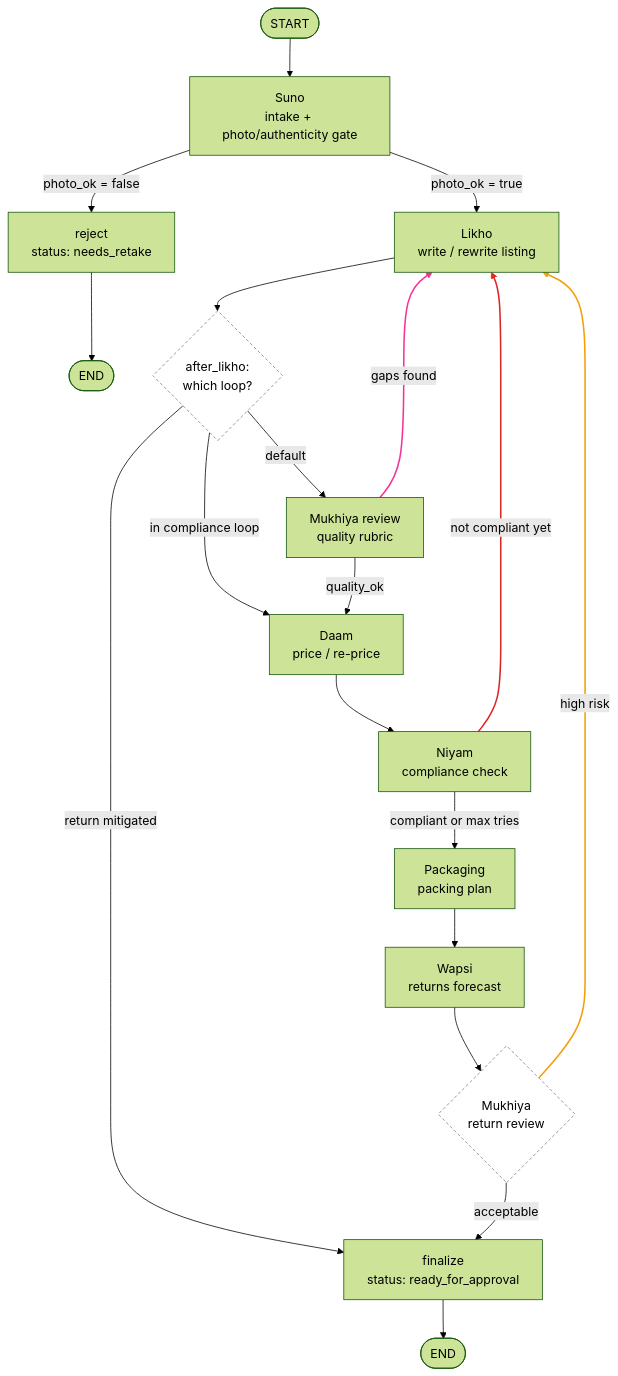
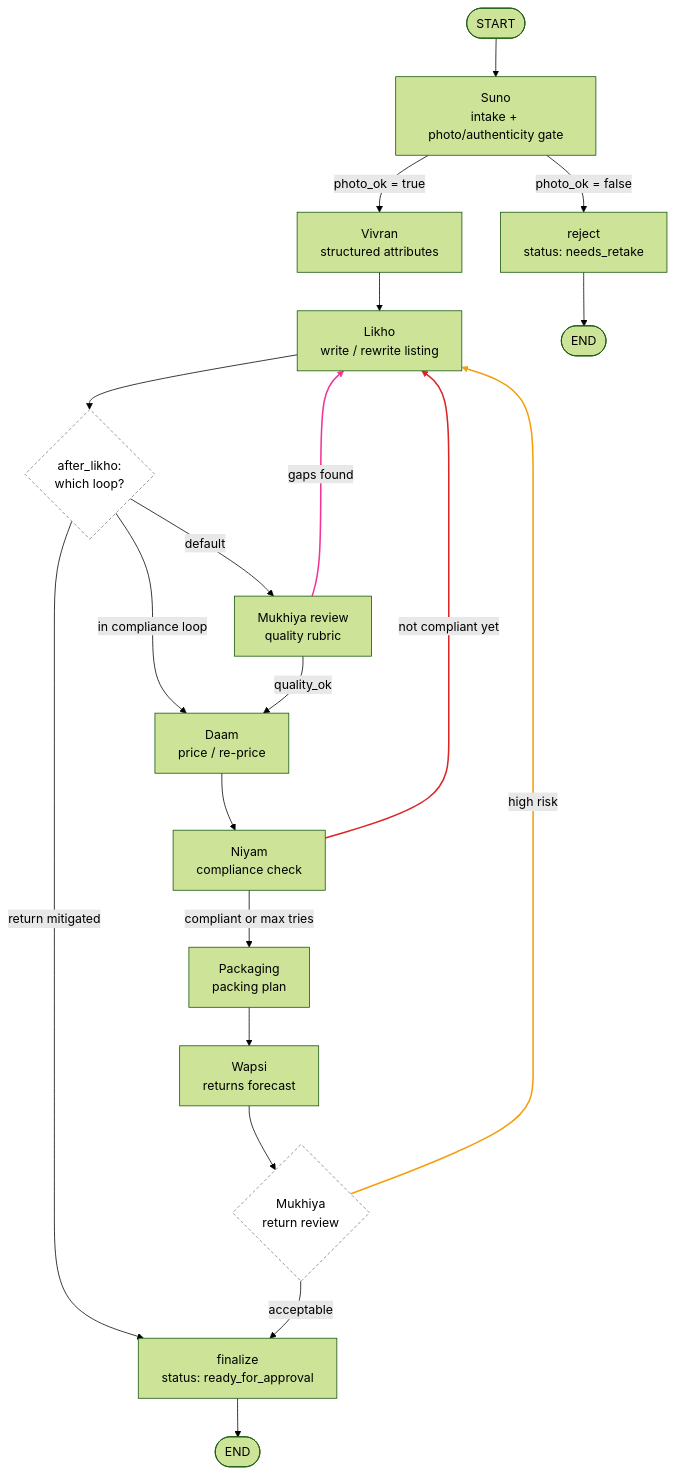
The second of 4 diagrams in docs/ARCHITECTURE.md (sandana1918/Aarambhini), drawn with Mermaid (forest theme) before and after one commit. The commit also changed other lines of this file and 15 other files, not shown here.

````diff
--- a/docs/ARCHITECTURE.md
+++ b/docs/ARCHITECTURE.md
@@ -108,34 +108,35 @@
 ```mermaid
 flowchart TD
     START([START]) --> SUNO["Suno<br/>intake + photo/authenticity gate"]
 
     SUNO -->|photo_ok = false| REJECT["reject<br/>status: needs_retake"]
-    SUNO -->|photo_ok = true| LIKHO["Likho<br/>write / rewrite listing"]
+    SUNO -->|photo_ok = true| VIVRAN["Vivran<br/>structured attributes"]
+    VIVRAN --> LIKHO["Likho<br/>write / rewrite listing"]
     REJECT --> ENDR([END])
 
     LIKHO --> AFTER{"after_likho:<br/>which loop?"}
     AFTER -->|default| REVIEW["Mukhiya review<br/>quality rubric"]
     AFTER -->|in compliance loop| DAAM["Daam<br/>price / re-price"]
     AFTER -->|return mitigated| FINAL["finalize<br/>status: ready_for_approval"]
 
     REVIEW -->|gaps found| LIKHO
     REVIEW -->|quality_ok| DAAM
 
     DAAM --> NIYAM["Niyam<br/>compliance check"]
     NIYAM -->|not compliant yet| LIKHO
     NIYAM -->|compliant or max tries| PACK["Packaging<br/>packing plan"]
 
     PACK --> WAPSI["Wapsi<br/>returns forecast"]
     WAPSI --> RR{"Mukhiya<br/>return review"}
     RR -->|high risk| LIKHO
     RR -->|acceptable| FINAL
 
     FINAL --> ENDF([END])
 
-    linkStyle 8 stroke:#f43397,stroke-width:2px;
-    linkStyle 11 stroke:#dc2626,stroke-width:2px;
-    linkStyle 15 stroke:#f59e0b,stroke-width:2px;
+    linkStyle 9 stroke:#f43397,stroke-width:2px;
+    linkStyle 12 stroke:#dc2626,stroke-width:2px;
+    linkStyle 16 stroke:#f59e0b,stroke-width:2px;
 
     classDef gate fill:#fff,stroke:#7c7a87,stroke-dasharray:4 3;
     class AFTER,RR gate;
 ```
````
